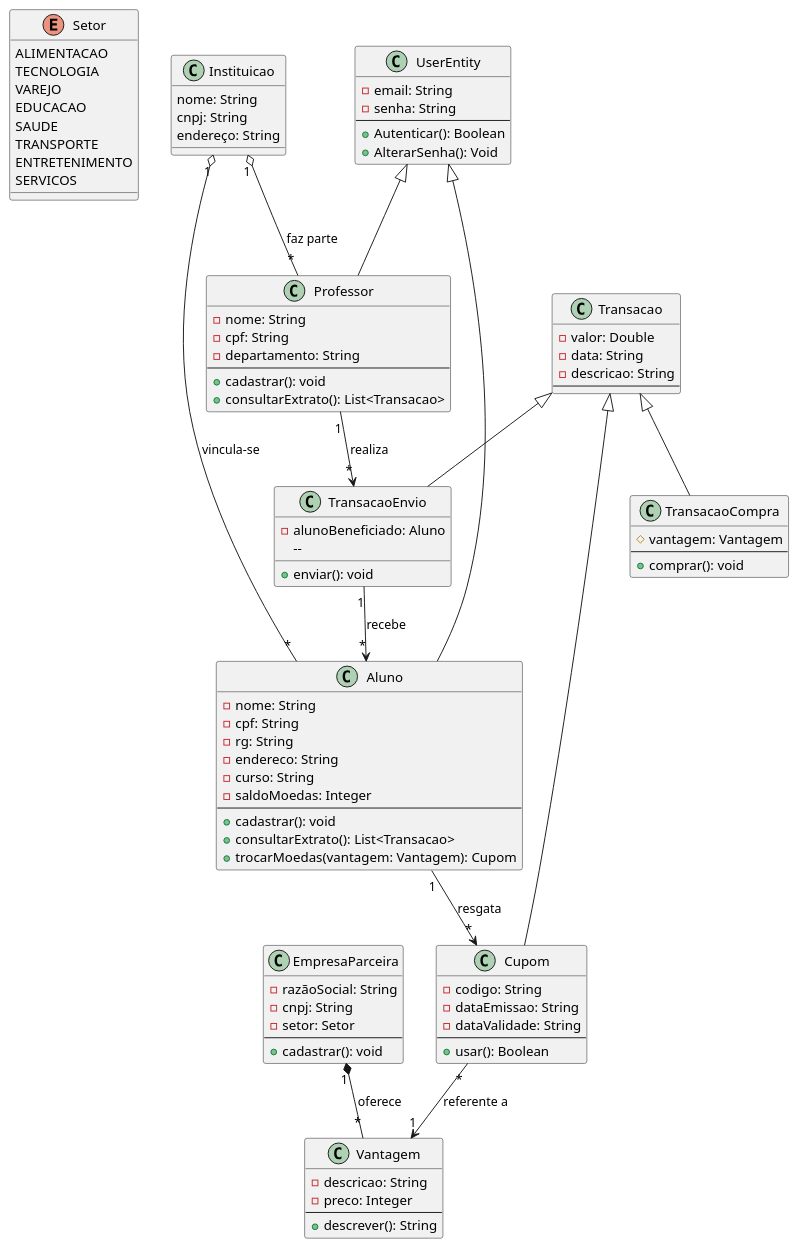
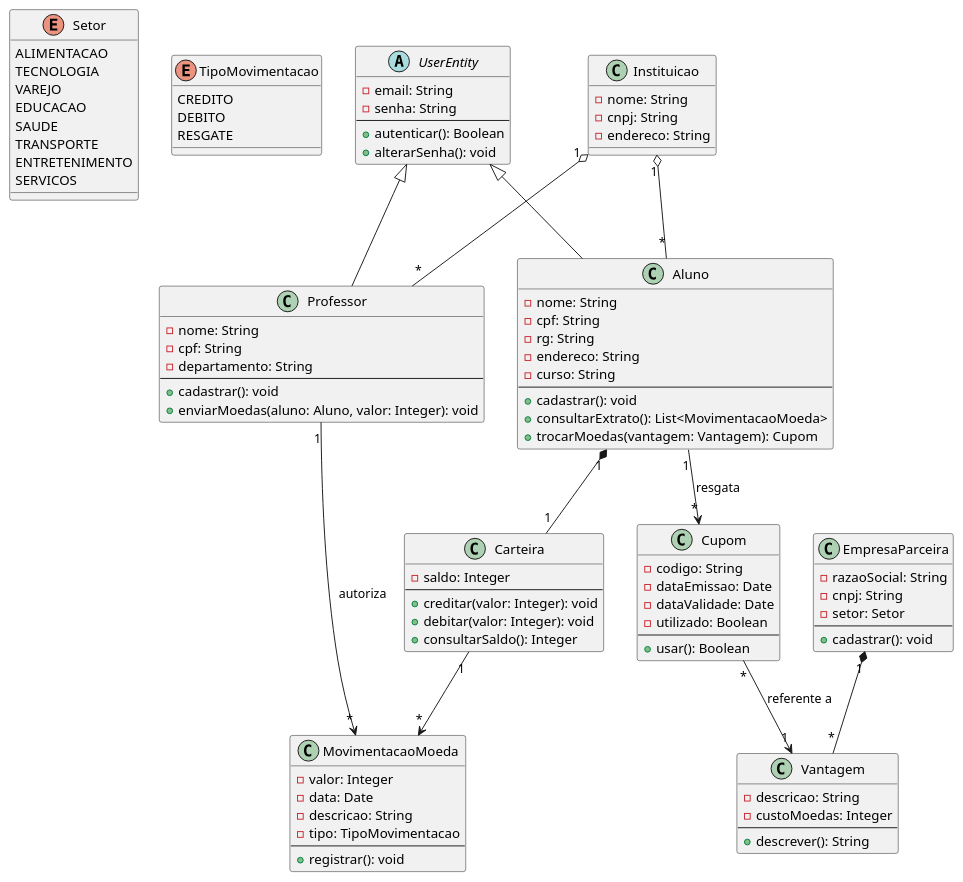
The diagram in docs/classe.puml (jjoaom/PS-PUCMG-StudentCoin), drawn with PlantUML before and after one commit. The commit also changed 45 other files, not shown here.

Commit message:
Add: Sistema de moeda e validação nos cadastros com react-imask

```diff
--- a/docs/classe.puml
+++ b/docs/classe.puml
@@ -1,113 +1,136 @@
 @startuml
-' Classes do Sistema
+
+' =========================
+' ENUMS
+' =========================
 
 enum Setor {
     ALIMENTACAO
     TECNOLOGIA
     VAREJO
     EDUCACAO
     SAUDE
     TRANSPORTE
     ENTRETENIMENTO
     SERVICOS
 }
 
-class UserEntity {
+enum TipoMovimentacao {
+    CREDITO
+    DEBITO
+    RESGATE
+}
+
+' =========================
+' USUÁRIOS
+' =========================
+
+abstract class UserEntity {
     -email: String
     -senha: String
     --
-    +Autenticar(): Boolean
-    +AlterarSenha(): Void
-}
-
-class Instituicao {
-    nome: String
-    cnpj: String
-    endereço: String
+    +autenticar(): Boolean
+    +alterarSenha(): void
 }
 
 class Aluno {
     -nome: String
     -cpf: String
     -rg: String
     -endereco: String
     -curso: String
-    -saldoMoedas: Integer
     --
     +cadastrar(): void
-    +consultarExtrato(): List<Transacao>
+    +consultarExtrato(): List<MovimentacaoMoeda>
     +trocarMoedas(vantagem: Vantagem): Cupom
 }
 
 class Professor {
     -nome: String
     -cpf: String
     -departamento: String
     --
     +cadastrar(): void
-    +consultarExtrato(): List<Transacao>
+    +enviarMoedas(aluno: Aluno, valor: Integer): void
 }
 
+UserEntity <|-- Aluno
+UserEntity <|-- Professor
+
+' =========================
+' INSTITUIÇÃO
+' =========================
+
+class Instituicao {
+    -nome: String
+    -cnpj: String
+    -endereco: String
+}
+
+Instituicao "1" o-- "*" Aluno
+Instituicao "1" o-- "*" Professor
+
+' =========================
+' CARTEIRA / MOEDA
+' =========================
+
+class Carteira {
+    -saldo: Integer
+    --
+    +creditar(valor: Integer): void
+    +debitar(valor: Integer): void
+    +consultarSaldo(): Integer
+}
+
+class MovimentacaoMoeda {
+    -valor: Integer
+    -data: Date
+    -descricao: String
+    -tipo: TipoMovimentacao
+    --
+    +registrar(): void
+}
+
+Aluno "1" *-- "1" Carteira
+Carteira "1" --> "*" MovimentacaoMoeda
+
+Professor "1" --> "*" MovimentacaoMoeda : autoriza
+
+' =========================
+' EMPRESA / VANTAGENS
+' =========================
+
 class EmpresaParceira {
-    -razãoSocial: String
+    -razaoSocial: String
     -cnpj: String
     -setor: Setor
     --
     +cadastrar(): void
 }
 
-class Transacao {
-    -valor: Double
-    -data: String
+class Vantagem {
     -descricao: String
+    -custoMoedas: Integer
     --
+    +descrever(): String
 }
 
-class TransacaoEnvio {
-   -alunoBeneficiado: Aluno
-    --
-    +enviar(): void
-}
+EmpresaParceira "1" *-- "*" Vantagem
 
-class TransacaoCompra {
-    #{field} vantagem: Vantagem
-    --
-    +comprar(): void
-}
+' =========================
+' CUPOM
+' =========================
 
 class Cupom {
-    -{field} codigo: String
-    -{field} dataEmissao: String
-    -{field} dataValidade: String
+    -codigo: String
+    -dataEmissao: Date
+    -dataValidade: Date
+    -utilizado: Boolean
     --
     +usar(): Boolean
 }
 
-class Vantagem {
-    -descricao: String
-    -preco: Integer
-    --
-    +descrever(): String
-}
+Aluno "1" --> "*" Cupom : resgata
+Cupom "*" --> "1" Vantagem : referente a
 
-' Relacionamentos
-
-UserEntity <|-- Aluno
-UserEntity <|-- Professor
-
-Instituicao "1" o-- "*" Aluno : vincula-se
-Instituicao "1" o-- "*" Professor : faz parte
-
-Professor "1" --> "*" TransacaoEnvio : realiza
-TransacaoEnvio "1" --> "*" Aluno : recebe
-
-Aluno "1" --> "*" Cupom : resgata
-
-Transacao <|-- TransacaoEnvio
-Transacao <|-- TransacaoCompra
-Transacao <|-- Cupom
-
-EmpresaParceira "1" *-- "*" Vantagem : oferece
-
-Cupom "*" --> "1" Vantagem : referente a
 @enduml
```
